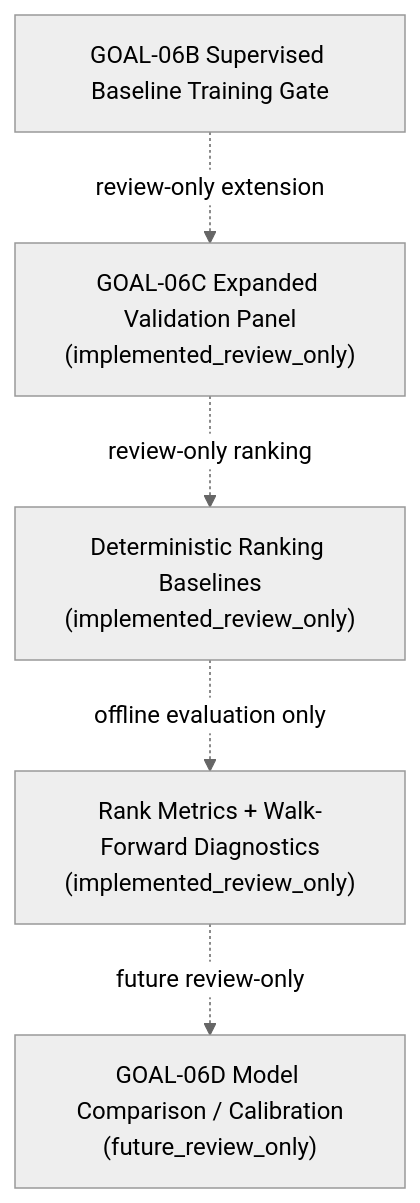
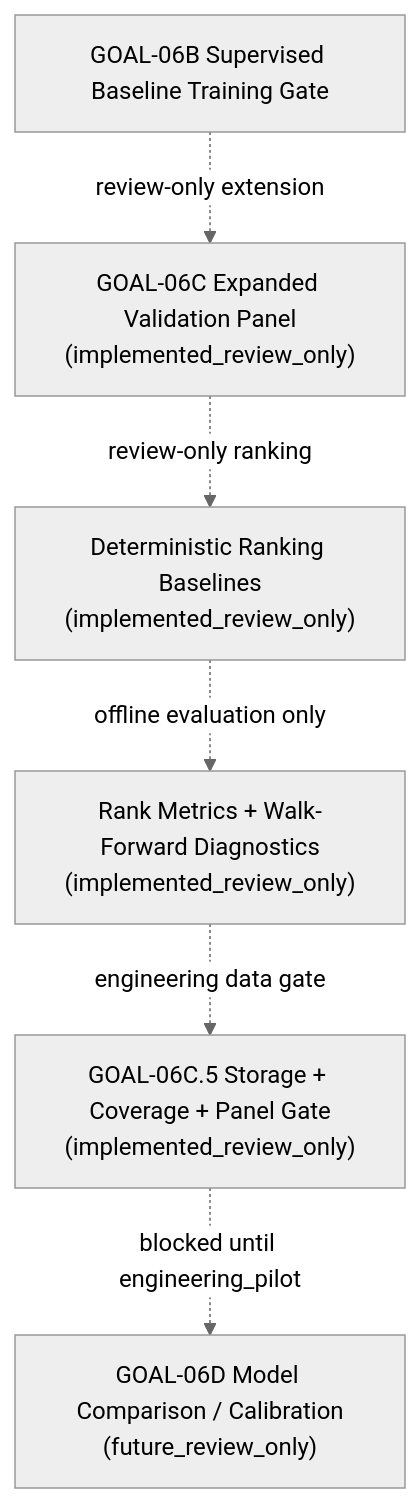
Before and after one commit to RyanLu0203/A_share_premarket_core: the second of 2 diagrams in README.md, drawn with Mermaid (neutral theme). The commit also changed other lines of this file and 96 other files, not shown here.

Commit message:
Add GOAL-06C.5 engineering data coverage gate

````diff
--- a/README.md
+++ b/README.md
@@ -61,7 +67,8 @@
 ```mermaid
 flowchart TD
     A["GOAL-06B Supervised Baseline Training Gate"] -. "review-only extension" .-> B["GOAL-06C Expanded Validation Panel<br/>(implemented_review_only)"]
     B -. "review-only ranking" .-> C["Deterministic Ranking Baselines<br/>(implemented_review_only)"]
     C -. "offline evaluation only" .-> D["Rank Metrics + Walk-Forward Diagnostics<br/>(implemented_review_only)"]
-    D -. "future review-only" .-> E["GOAL-06D Model Comparison / Calibration<br/>(future_review_only)"]
+    D -. "engineering data gate" .-> E["GOAL-06C.5 Storage + Coverage + Panel Gate<br/>(implemented_review_only)"]
+    E -. "blocked until engineering_pilot" .-> F["GOAL-06D Model Comparison / Calibration<br/>(future_review_only)"]
 ```
````
